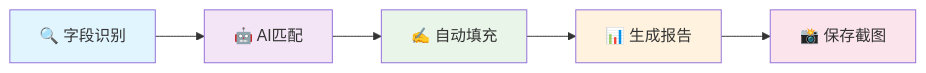
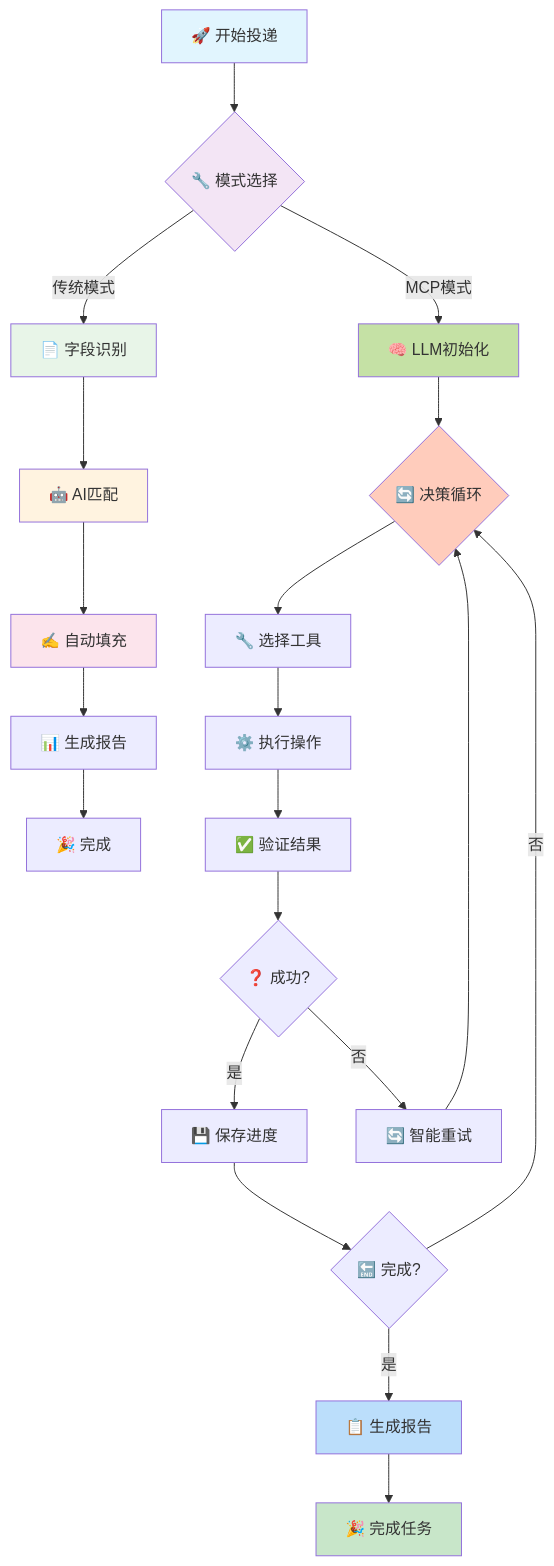
The first of 4 diagrams in README.md (GalaxyKB/RESUME_SKILL), drawn with Mermaid before and after one commit. The commit also changed other lines of this file, not shown here.

````diff
--- a/README.md
+++ b/README.md
@@ -718,13 +734,36 @@
 ```mermaid
-graph LR
-    A[🔍 字段识别] --> B[🤖 AI匹配]
-    B --> C[✍️ 自动填充]  
-    C --> D[📊 生成报告]
-    D --> E[📸 保存截图]
+graph TB
+    A[🚀 开始投递] --> B{🔧 模式选择}
+    
+    B -->|传统模式| C[📄 字段识别]
+    C --> D[🤖 AI匹配]
+    D --> E[✍️ 自动填充]
+    E --> F[📊 生成报告]
+    F --> G[🎉 完成]
+    
+    B -->|MCP模式| H[🧠 LLM初始化]
+    H --> I{🔄 决策循环}
+    I --> J[🔧 选择工具]
+    J --> K[⚙️ 执行操作]
+    K --> L[✅ 验证结果]
+    L --> M{❓ 成功?}
+    M -->|是| N[💾 保存进度]
+    M -->|否| O[🔄 智能重试]
+    
+    N --> P{🔚 完成?}
+    P -->|是| Q[📋 生成报告]
+    P -->|否| I
+    
+    O --> I
+    Q --> R[🎉 完成任务]
     
     style A fill:#e1f5fe
-    style B fill:#f3e5f5  
+    style B fill:#f3e5f5
     style C fill:#e8f5e8
     style D fill:#fff3e0
     style E fill:#fce4ec
+    style H fill:#c5e1a5
+    style I fill:#ffccbc
+    style Q fill:#bbdefb
+    style R fill:#c8e6c9
 ```
````
